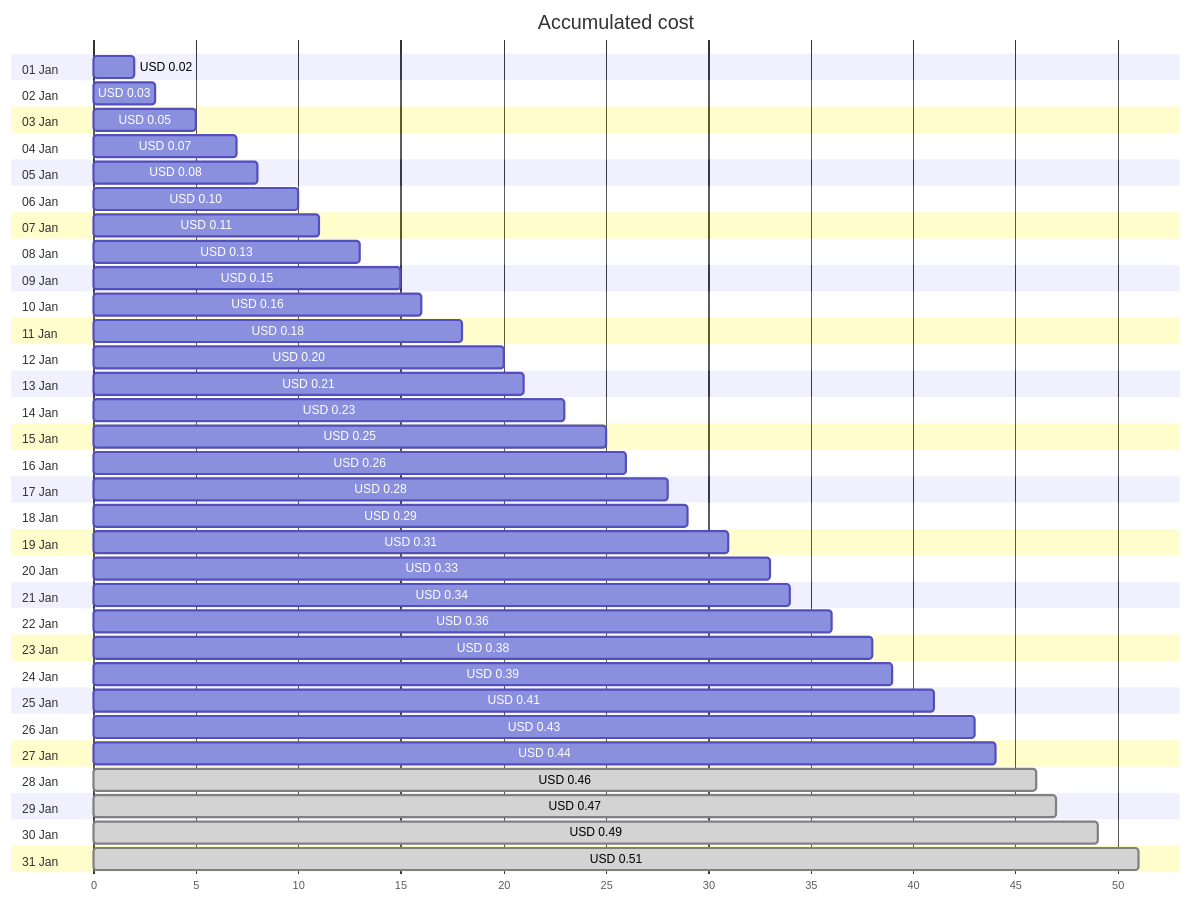
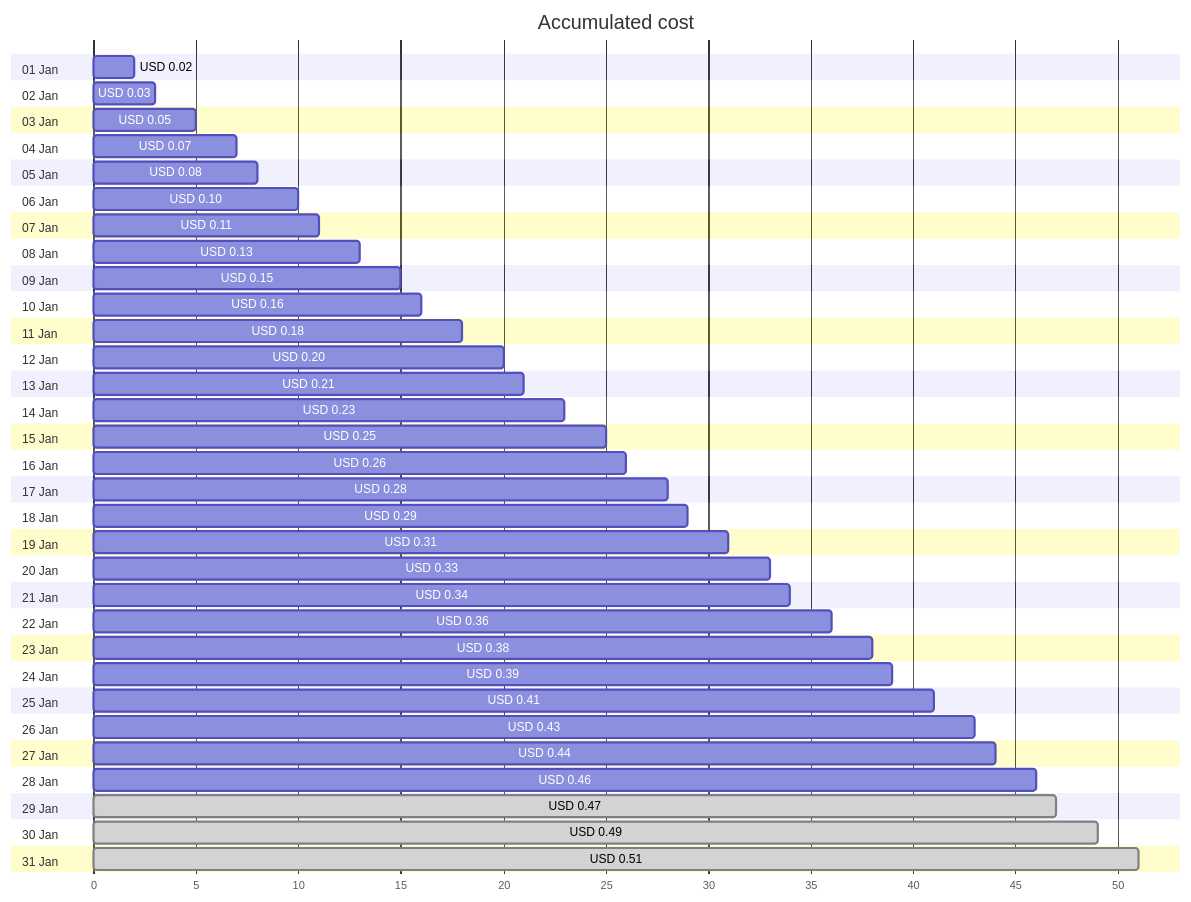
One commit to jpfulton/azure-personal-reports changed the first of 4 diagrams in cost-reports/personal-dns/jpatrickfulton.com.md. Above: the diagram before and after it, drawn with Mermaid. The commit also changed other lines of this file and 2 other files, not shown here.

````diff
--- a/cost-reports/personal-dns/jpatrickfulton.com.md
+++ b/cost-reports/personal-dns/jpatrickfulton.com.md
@@ -20,68 +20,68 @@
 ```mermaid
 gantt
    title Accumulated cost
    dateFormat  X
    axisFormat %s
    section 01 Jan
    USD 0.02 :0, 2
    section 02 Jan
    USD 0.03 :0, 3
    section 03 Jan
    USD 0.05 :0, 5
    section 04 Jan
    USD 0.07 :0, 7
    section 05 Jan
    USD 0.08 :0, 8
    section 06 Jan
    USD 0.10 :0, 10
    section 07 Jan
    USD 0.11 :0, 11
    section 08 Jan
    USD 0.13 :0, 13
    section 09 Jan
    USD 0.15 :0, 15
    section 10 Jan
    USD 0.16 :0, 16
    section 11 Jan
    USD 0.18 :0, 18
    section 12 Jan
    USD 0.20 :0, 20
    section 13 Jan
    USD 0.21 :0, 21
    section 14 Jan
    USD 0.23 :0, 23
    section 15 Jan
    USD 0.25 :0, 25
    section 16 Jan
    USD 0.26 :0, 26
    section 17 Jan
    USD 0.28 :0, 28
    section 18 Jan
    USD 0.29 :0, 29
    section 19 Jan
    USD 0.31 :0, 31
    section 20 Jan
    USD 0.33 :0, 33
    section 21 Jan
    USD 0.34 :0, 34
    section 22 Jan
    USD 0.36 :0, 36
    section 23 Jan
    USD 0.38 :0, 38
    section 24 Jan
    USD 0.39 :0, 39
    section 25 Jan
    USD 0.41 :0, 41
    section 26 Jan
    USD 0.43 :0, 43
    section 27 Jan
    USD 0.44 :0, 44
    section 28 Jan
-   USD 0.46 : done, 0, 46
+   USD 0.46 :0, 46
    section 29 Jan
    USD 0.47 : done, 0, 47
    section 30 Jan
    USD 0.49 : done, 0, 49
    section 31 Jan
    USD 0.51 : done, 0, 51
 ```
````
